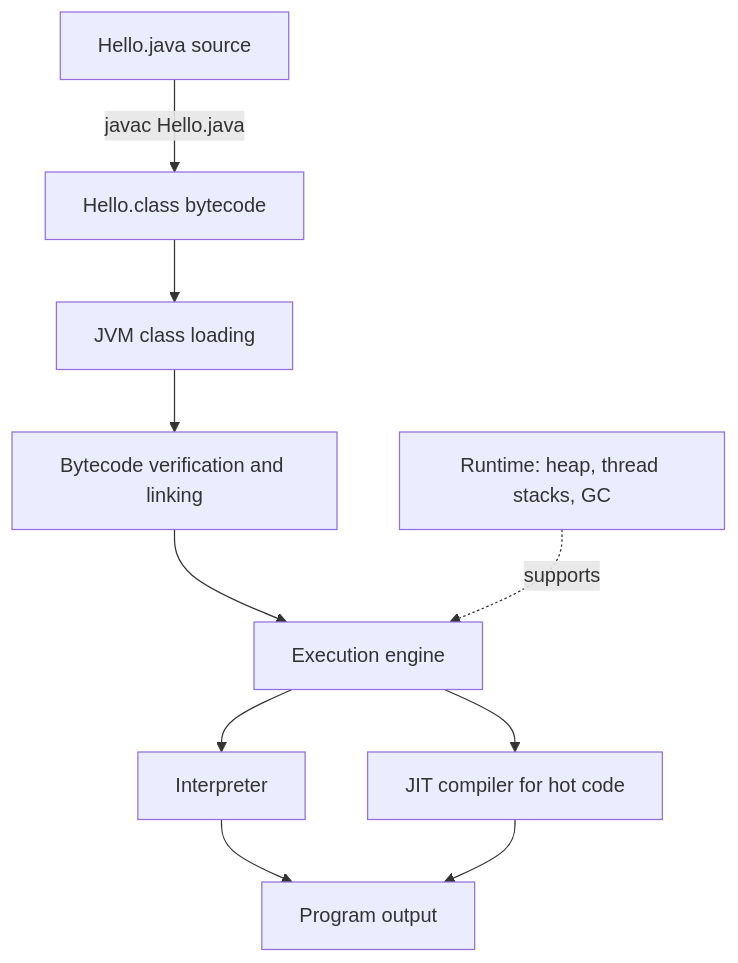
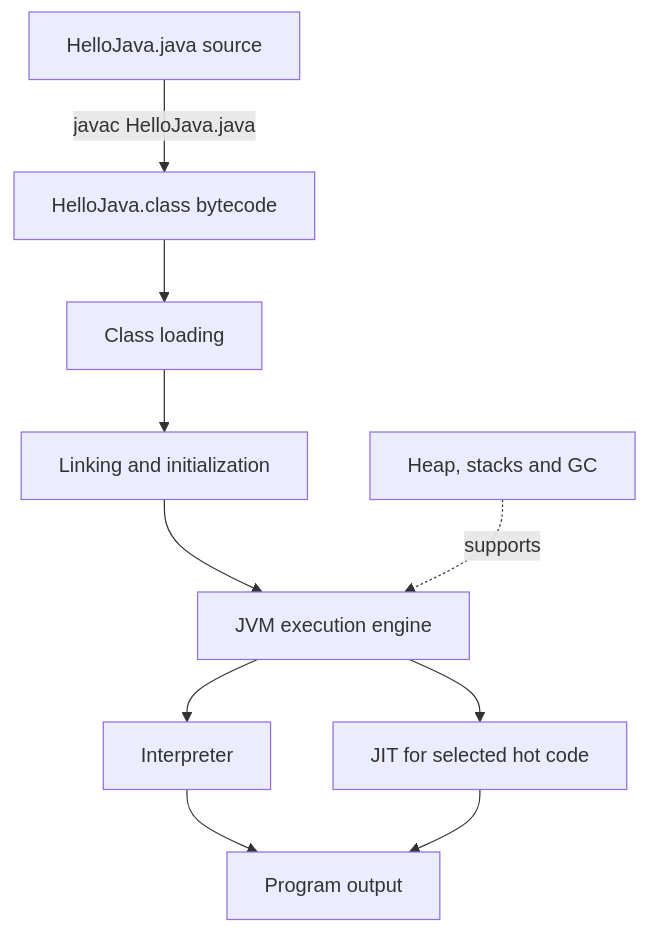
Before and after one commit to rajkumarmore7/java-backend-interview-handbook: the second of 5 diagrams in docs/notes/java-execution.md, drawn with Mermaid. The commit also changed other lines of this file, not shown here.

Commit message:
docs: complete Java architecture study chapter

````diff
--- a/docs/notes/java-execution.md
+++ b/docs/notes/java-execution.md
@@ -23,12 +60,12 @@
 ```mermaid
 flowchart TD
-    A[Hello.java source] -->|javac Hello.java| B[Hello.class bytecode]
-    B --> C[JVM class loading]
-    C --> D[Bytecode verification and linking]
-    D --> E[Execution engine]
-    E --> F[Interpreter]
-    E --> G[JIT compiler for hot code]
-    F --> H[Program output]
+    A["HelloJava.java source"] -->|"javac HelloJava.java"| B["HelloJava.class bytecode"]
+    B --> C["Class loading"]
+    C --> D["Linking and initialization"]
+    D --> E["JVM execution engine"]
+    E --> F["Interpreter"]
+    E --> G["JIT for selected hot code"]
+    F --> H["Program output"]
     G --> H
-    M[Runtime: heap, thread stacks, GC] -. supports .-> E
+    M["Heap, stacks and GC"] -. supports .-> E
 ```
````
